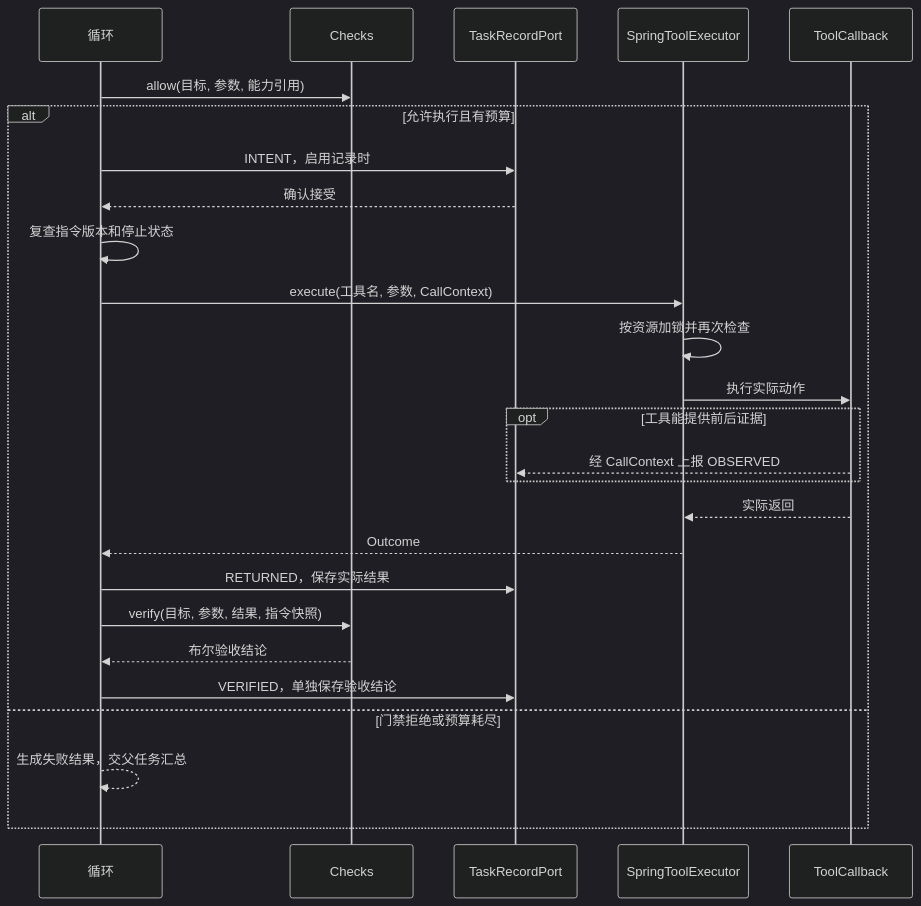
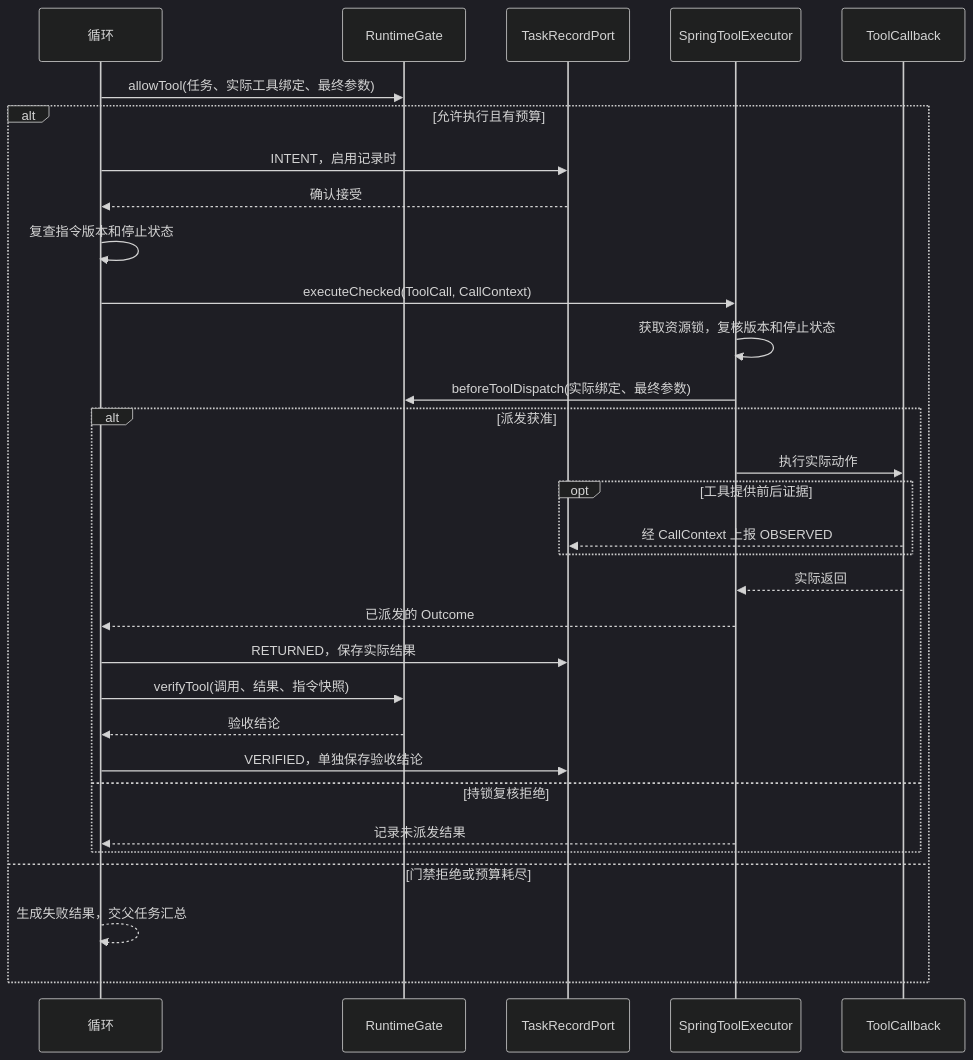
One commit to lingdehui/myhelper changed the sixth of 10 diagrams in docs/completed/已实现架构图.md. Above: the diagram before and after it, drawn with Mermaid (dark theme). The commit also changed other lines of this file and 4 other files, not shown here.

````diff
--- a/docs/completed/已实现架构图.md
+++ b/docs/completed/已实现架构图.md
@@ -200,28 +228,33 @@
 ```mermaid
 sequenceDiagram
     participant O as 循环
-    participant G as Checks
+    participant G as RuntimeGate
     participant R as TaskRecordPort
     participant T as SpringToolExecutor
     participant C as ToolCallback
-    O->>G: allow(目标, 参数, 能力引用)
+    O->>G: allowTool(任务、实际工具绑定、最终参数)
     alt 允许执行且有预算
         O->>R: INTENT，启用记录时
         R-->>O: 确认接受
         O->>O: 复查指令版本和停止状态
-        O->>T: execute(工具名, 参数, CallContext)
-        T->>T: 按资源加锁并再次检查
-        T->>C: 执行实际动作
-        opt 工具能提供前后证据
-            C-->>R: 经 CallContext 上报 OBSERVED
+        O->>T: executeChecked(ToolCall, CallContext)
+        T->>T: 获取资源锁，复核版本和停止状态
+        T->>G: beforeToolDispatch(实际绑定、最终参数)
+        alt 派发获准
+            T->>C: 执行实际动作
+            opt 工具提供前后证据
+                C-->>R: 经 CallContext 上报 OBSERVED
+            end
+            C-->>T: 实际返回
+            T-->>O: 已派发的 Outcome
+            O->>R: RETURNED，保存实际结果
+            O->>G: verifyTool(调用、结果、指令快照)
+            G-->>O: 验收结论
+            O->>R: VERIFIED，单独保存验收结论
+        else 持锁复核拒绝
+            T-->>O: 记录未派发结果
         end
-        C-->>T: 实际返回
-        T-->>O: Outcome
-        O->>R: RETURNED，保存实际结果
-        O->>G: verify(目标, 参数, 结果, 指令快照)
-        G-->>O: 布尔验收结论
-        O->>R: VERIFIED，单独保存验收结论
     else 门禁拒绝或预算耗尽
         O-->>O: 生成失败结果，交父任务汇总
     end
 ```
````
